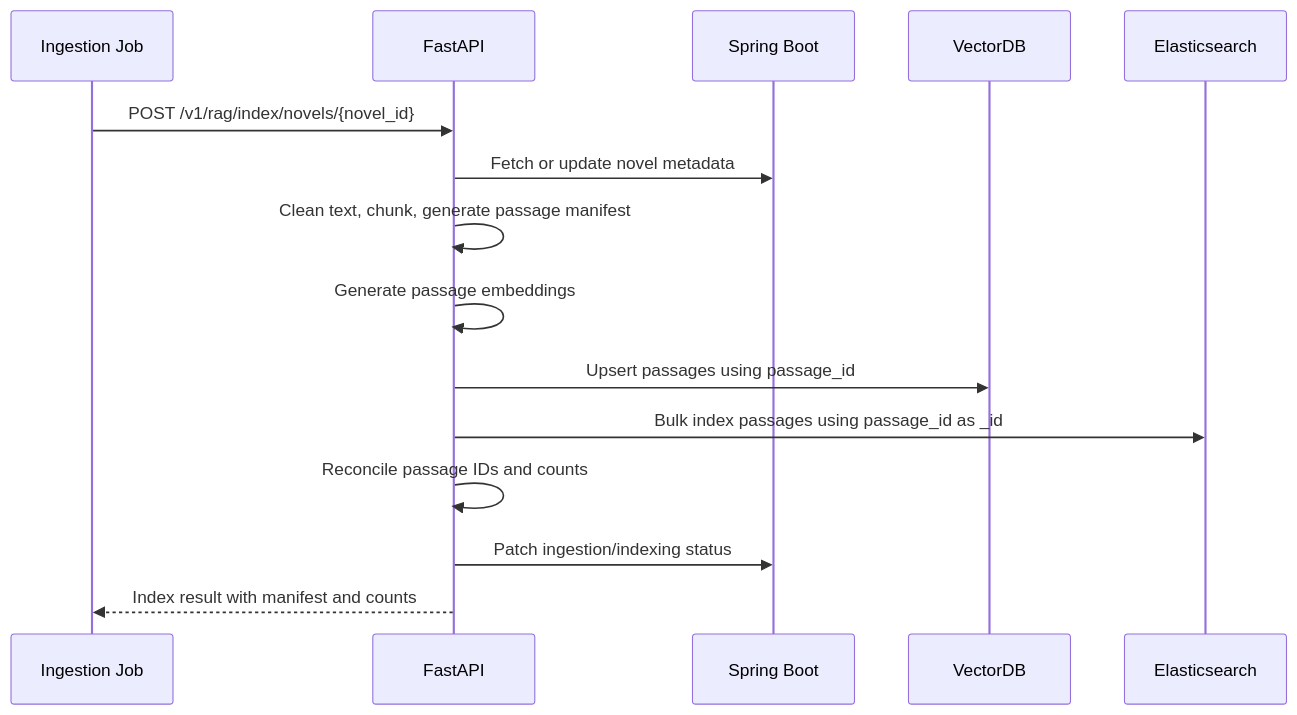
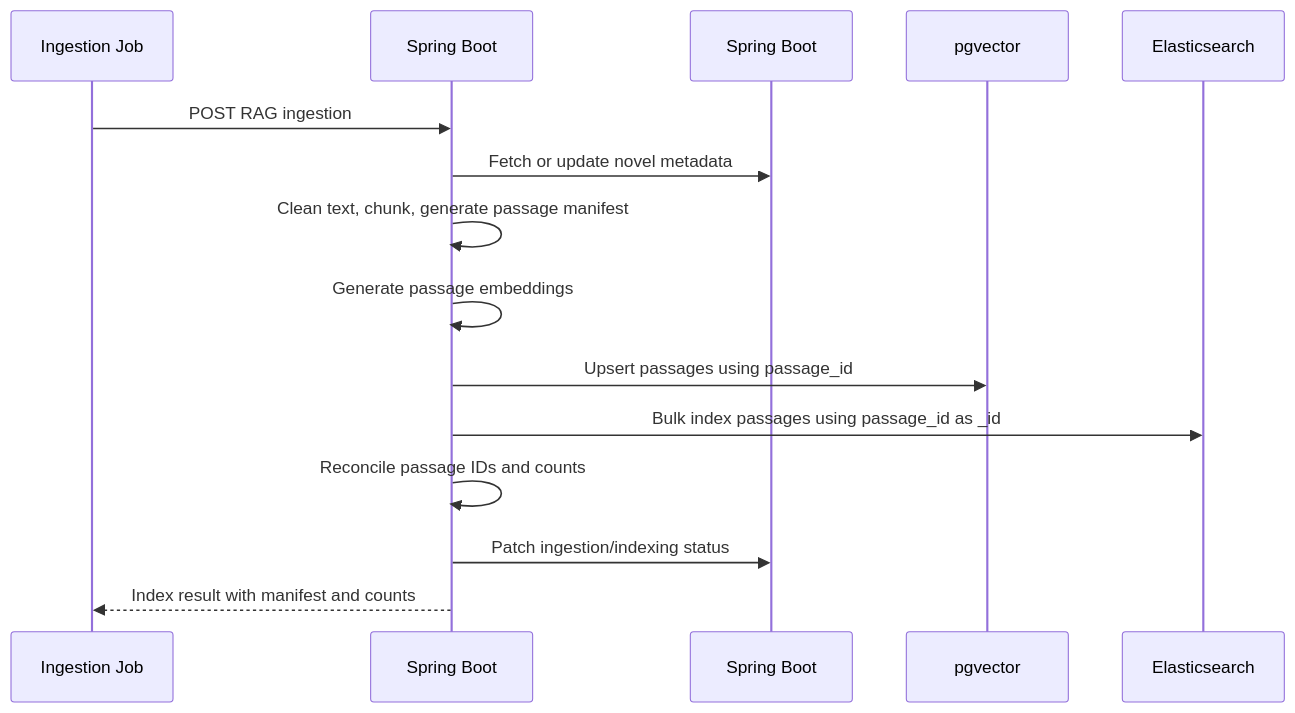
Before and after one commit to SideProjectSFY/gaji: the first of 2 diagrams in docs/2-plan/hybrid-rag-search-prd-direction.md, drawn with Mermaid. The commit also changed other lines of this file and 69 other files, not shown here.

````diff
--- a/docs/2-plan/hybrid-rag-search-prd-direction.md
+++ b/docs/2-plan/hybrid-rag-search-prd-direction.md
@@ -968,18 +968,18 @@
 ```mermaid
 sequenceDiagram
     participant Job as Ingestion Job
-    participant AI as FastAPI
+    participant AI as Spring Boot
     participant Spring as Spring Boot
-    participant Chroma as VectorDB
+    participant Chroma as pgvector
     participant ES as Elasticsearch
 
-    Job->>AI: POST /v1/rag/index/novels/{novel_id}
+    Job->>AI: POST RAG ingestion
     AI->>Spring: Fetch or update novel metadata
     AI->>AI: Clean text, chunk, generate passage manifest
     AI->>AI: Generate passage embeddings
     AI->>Chroma: Upsert passages using passage_id
     AI->>ES: Bulk index passages using passage_id as _id
     AI->>AI: Reconcile passage IDs and counts
     AI->>Spring: Patch ingestion/indexing status
     AI-->>Job: Index result with manifest and counts
 ```
````
